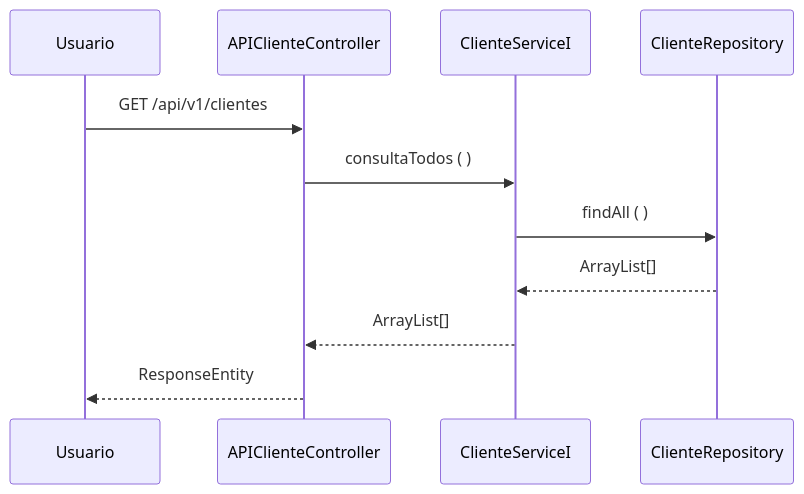
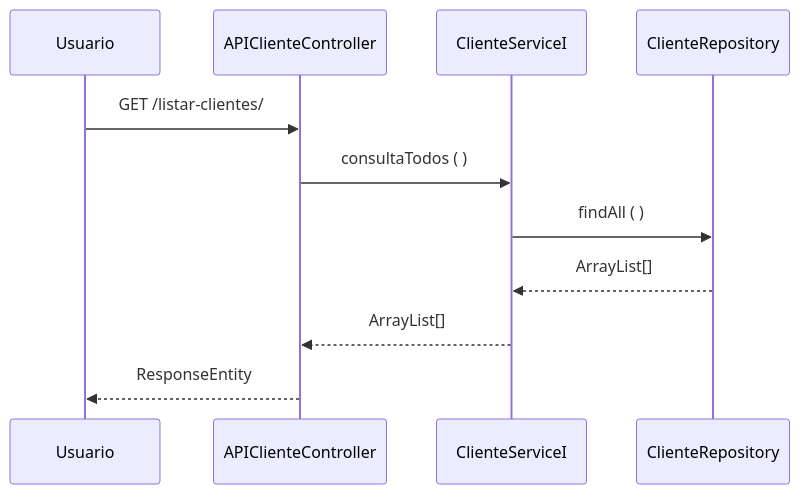
Before and after one commit to fullSports/BackEndFullSports: the third of 3 diagrams in README.md, drawn with Mermaid.

````diff
--- a/README.md
+++ b/README.md
@@ -193,9 +193,9 @@
 ```mermaid
 sequenceDiagram 
-Usuario ->> APIClienteController: GET /api/v1/clientes
+Usuario ->> APIClienteController: GET /listar-clientes/
 APIClienteController ->> ClienteServiceI: consultaTodos ( )
 ClienteServiceI ->> ClienteRepository: findAll ( )
 ClienteRepository -->> ClienteServiceI: ArrayList[]
 ClienteServiceI-->> APIClienteController: ArrayList[]
 APIClienteController -->> Usuario: ResponseEntity
 ```
````
